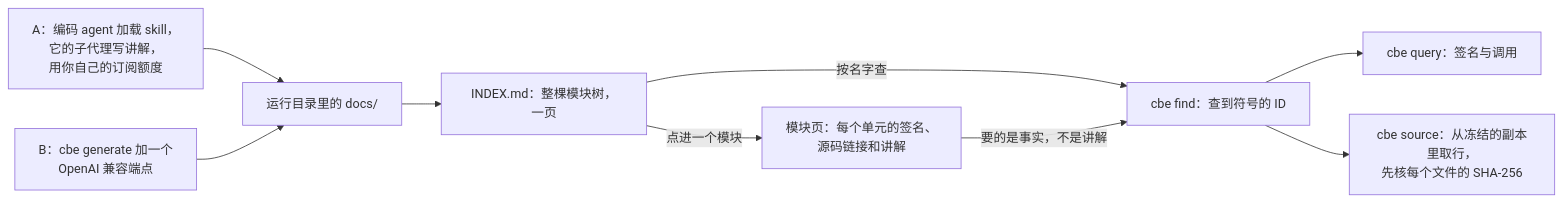
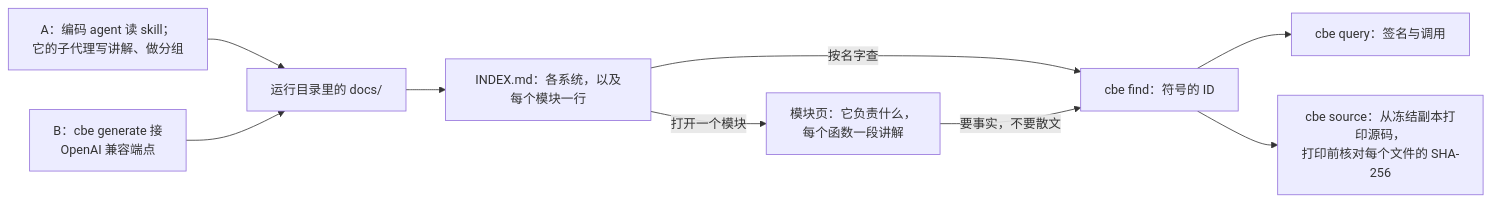
The second of 2 diagrams in README.zh-CN.md (zlxdengtianhei/codebase-explorer), drawn with Mermaid before and after one commit. The commit also changed other lines of this file and 7 other files, not shown here.

````diff
--- a/README.zh-CN.md
+++ b/README.zh-CN.md
@@ -121,11 +115,11 @@
 ```mermaid
 flowchart LR
-  A["A：编码 agent 加载 skill，<br/>它的子代理写讲解，<br/>用你自己的订阅额度"] --> D["运行目录里的 docs/"]
-  B["B：cbe generate 加一个<br/>OpenAI 兼容端点"] --> D
-  D --> I["INDEX.md：整棵模块树，一页"]
-  I -->|"点进一个模块"| M["模块页：每个单元的签名、<br/>源码链接和讲解"]
-  I -->|"按名字查"| N["cbe find：查到符号的 ID"]
-  M -->|"要的是事实，不是讲解"| N
+  A["A：编码 agent 读 skill；<br/>它的子代理写讲解、做分组"] --> D["运行目录里的 docs/"]
+  B["B：cbe generate 接<br/>OpenAI 兼容端点"] --> D
+  D --> I["INDEX.md：各系统，以及每个模块一行"]
+  I -->|"打开一个模块"| M["模块页：它负责什么，<br/>每个函数一段讲解"]
+  I -->|"按名字查"| N["cbe find：符号的 ID"]
+  M -->|"要事实，不要散文"| N
   N --> Q["cbe query：签名与调用"]
-  N --> S["cbe source：从冻结的副本里取行，<br/>先核每个文件的 SHA-256"]
+  N --> S["cbe source：从冻结副本打印源码，<br/>打印前核对每个文件的 SHA-256"]
 ```
````
